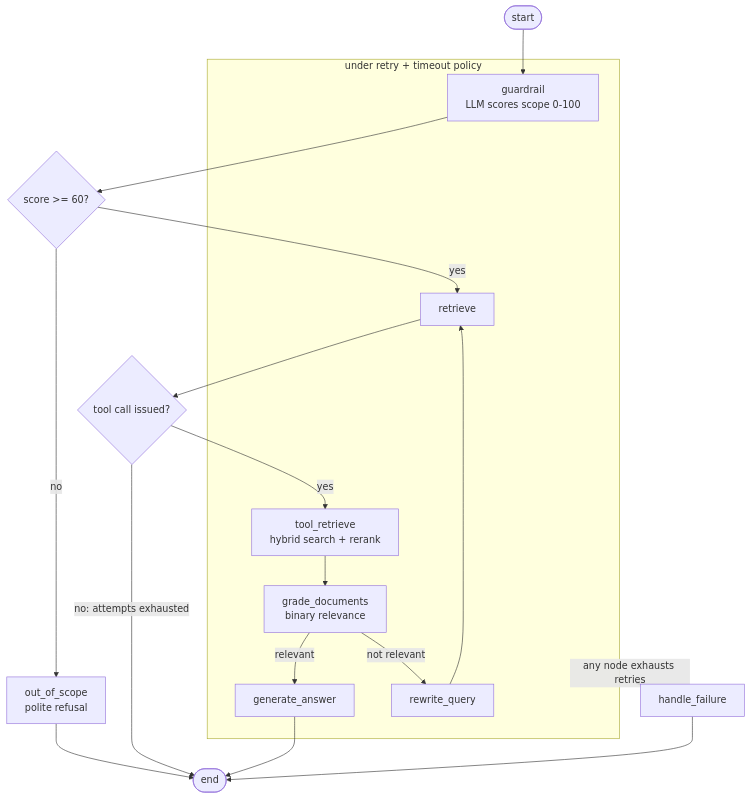
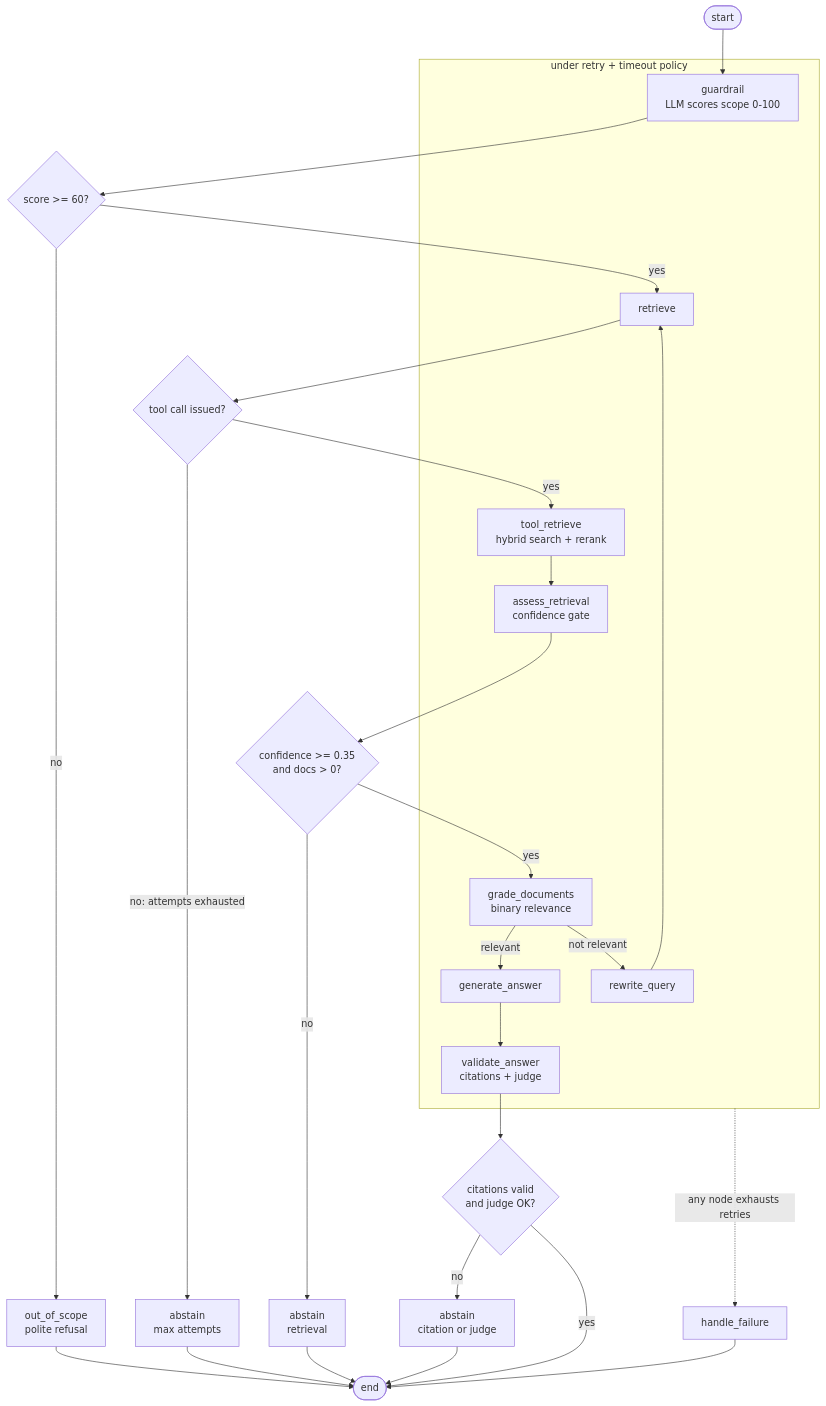
The fifth of 12 diagrams in docs/ARTICLE.md (apssouza22/production-rag), drawn with Mermaid before and after one commit. The commit also changed other lines of this file and 2 other files, not shown here.

````diff
--- a/docs/ARTICLE.md
+++ b/docs/ARTICLE.md
@@ -381,28 +381,39 @@
 ```mermaid
 flowchart TD
     S(["start"]) --> G
 
     subgraph retryable["under retry + timeout policy"]
         G["guardrail<br/>LLM scores scope 0-100"]
         R["retrieve"]
         T["tool_retrieve<br/>hybrid search + rerank"]
+        AR["assess_retrieval<br/>confidence gate"]
         GD["grade_documents<br/>binary relevance"]
         RW["rewrite_query"]
         GA["generate_answer"]
+        VA["validate_answer<br/>citations + judge"]
     end
 
     G --> GC{"score >= 60?"}
     GC -->|"no"| OOS["out_of_scope<br/>polite refusal"]
     GC -->|"yes"| R
     R --> TC{"tool call issued?"}
-    TC -->|"no: attempts exhausted"| E(["end"])
+    TC -->|"no: attempts exhausted"| AB1["abstain<br/>max attempts"]
     TC -->|"yes"| T
-    T --> GD
+    T --> AR
+    AR --> CF{"confidence >= 0.35<br/>and docs > 0?"}
+    CF -->|"no"| AB2["abstain<br/>retrieval"]
+    CF -->|"yes"| GD
     GD -->|"relevant"| GA
     GD -->|"not relevant"| RW
     RW --> R
-    GA --> E
+    GA --> VA
+    VA --> CV{"citations valid<br/>and judge OK?"}
+    CV -->|"no"| AB3["abstain<br/>citation or judge"]
+    CV -->|"yes"| E(["end"])
+    AB1 --> E
+    AB2 --> E
+    AB3 --> E
     OOS --> E
     retryable -.->|"any node exhausts retries"| HF["handle_failure"]
     HF --> E
 ```
````
